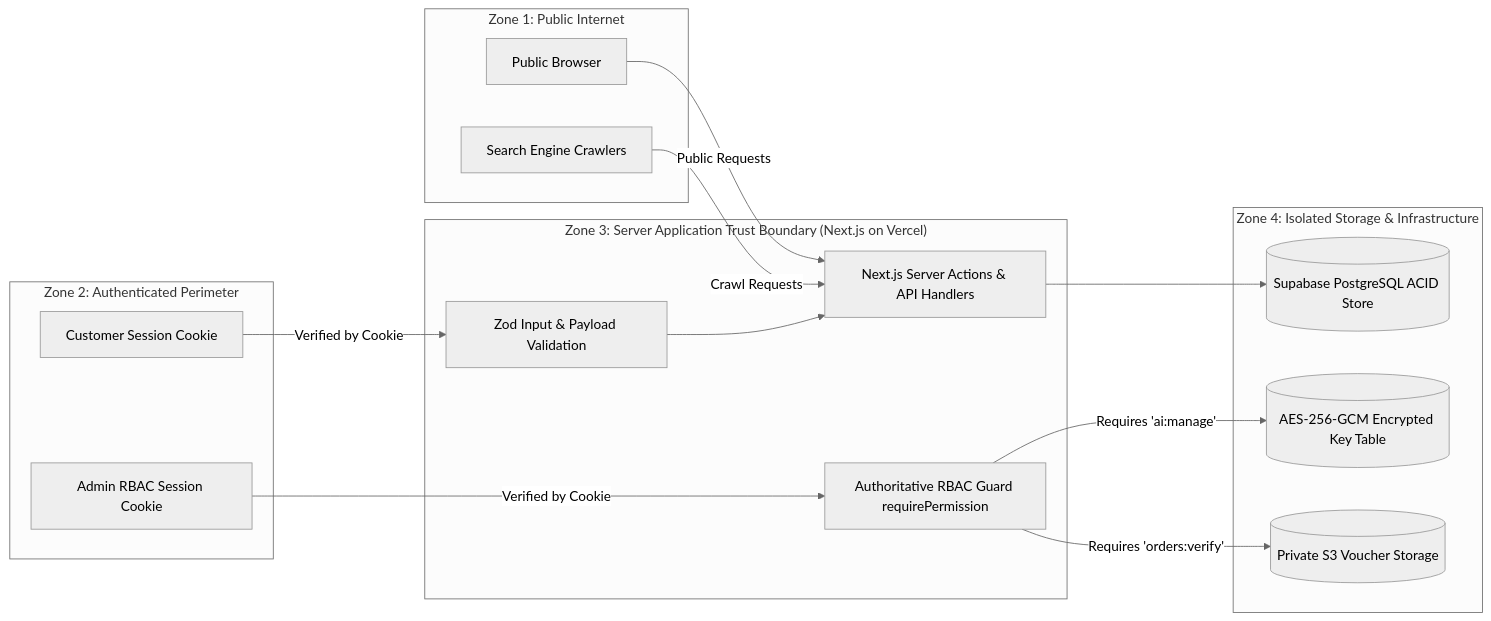
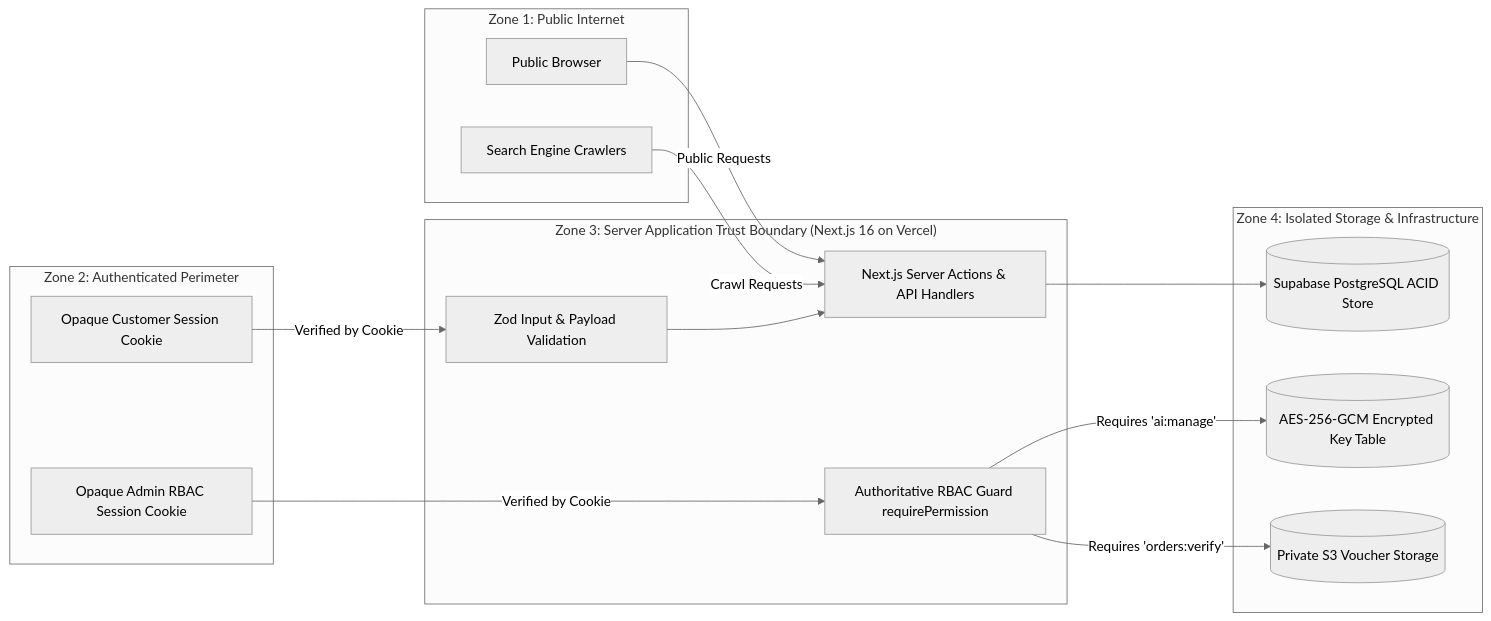
One commit to SaeBryxn/GamerPeru-Vercel changed the second of 2 diagrams in docs/architecture/TECHNOLOGY_ARCHITECTURE.md. Above: the diagram before and after it, drawn with Mermaid (neutral theme). The commit also changed other lines of this file and 9 other files, not shown here.

Commit message:
docs: finalize GP-003 production architecture facts

````diff
--- a/docs/architecture/TECHNOLOGY_ARCHITECTURE.md
+++ b/docs/architecture/TECHNOLOGY_ARCHITECTURE.md
@@ -140,34 +140,34 @@
 ```mermaid
 graph LR
     subgraph "Zone 1: Public Internet"
         Browser[Public Browser]
         Bot[Search Engine Crawlers]
     end
     
     subgraph "Zone 2: Authenticated Perimeter"
-        CustSession[Customer Session Cookie]
-        AdminSession[Admin RBAC Session Cookie]
+        CustSession[Opaque Customer Session Cookie]
+        AdminSession[Opaque Admin RBAC Session Cookie]
     end
     
-    subgraph "Zone 3: Server Application Trust Boundary (Next.js on Vercel)"
+    subgraph "Zone 3: Server Application Trust Boundary (Next.js 16 on Vercel)"
         AppServer[Next.js Server Actions & API Handlers]
         ZodValidator[Zod Input & Payload Validation]
         RBACGuard[Authoritative RBAC Guard requirePermission]
     end
     
     subgraph "Zone 4: Isolated Storage & Infrastructure"
         SupabaseDB[(Supabase PostgreSQL ACID Store)]
         Vault[(AES-256-GCM Encrypted Key Table)]
         PrivateProofs[(Private S3 Voucher Storage)]
     end
     
     Browser -->|Public Requests| AppServer
     Bot -->|Crawl Requests| AppServer
     CustSession -->|Verified by Cookie| ZodValidator
     AdminSession -->|Verified by Cookie| RBACGuard
     
     RBACGuard -->|Requires 'orders:verify'| PrivateProofs
     RBACGuard -->|Requires 'ai:manage'| Vault
     ZodValidator --> AppServer
     AppServer --> SupabaseDB
 ```
````
